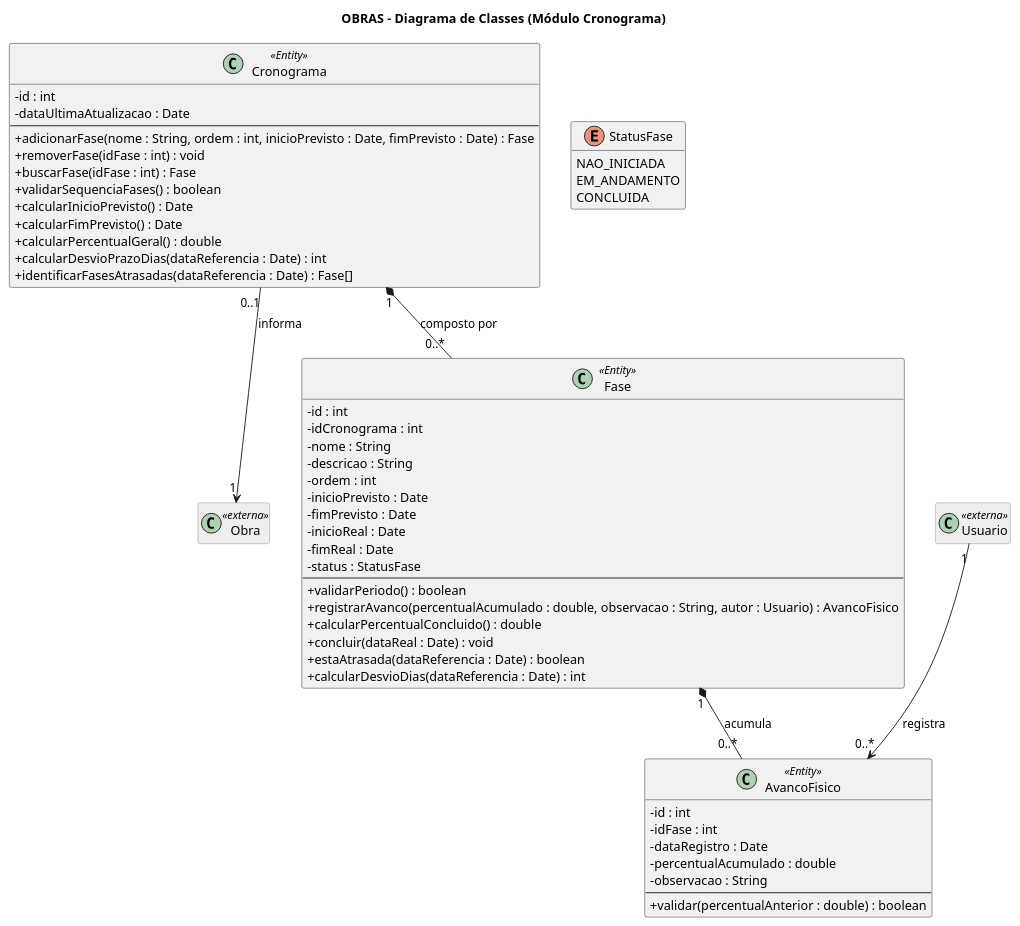
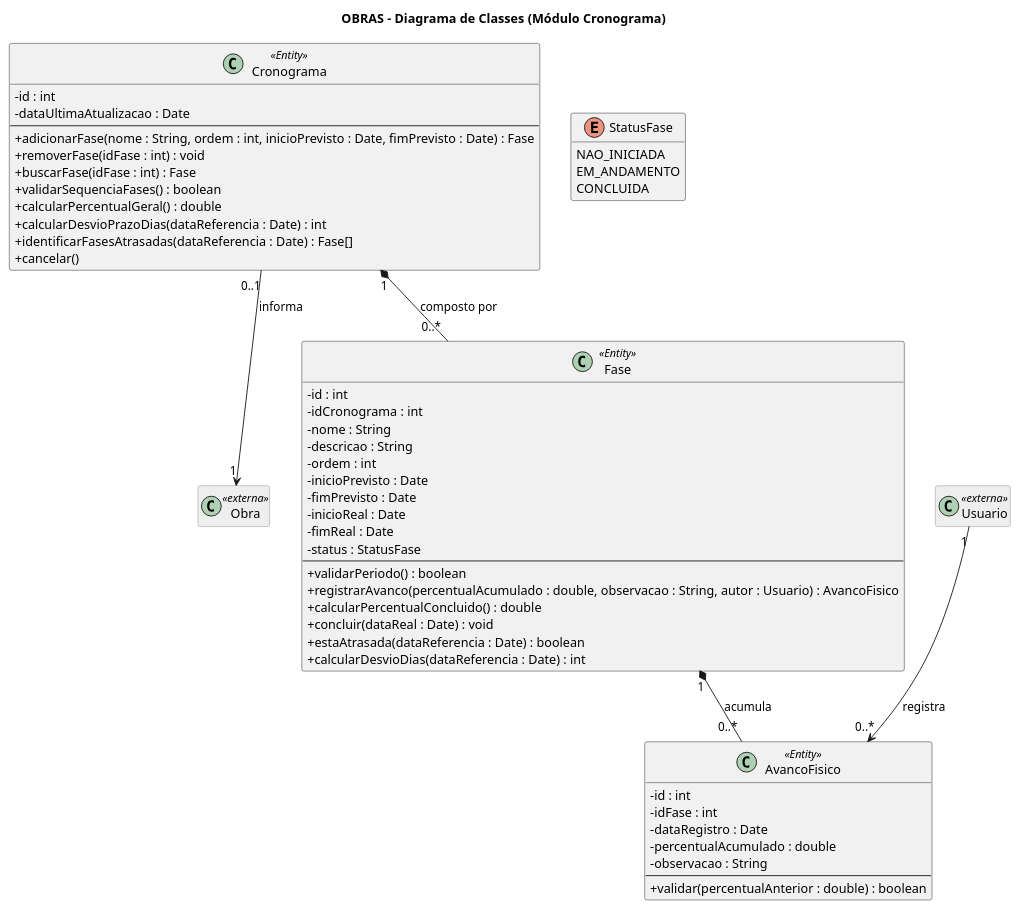
One commit to bernardoanobrega/oBRAS changed the diagram in Diagramas de classe/Modulo_Cronograma/cronograma.puml. Above: the diagram before and after it, drawn with PlantUML. The commit also changed 1 other file, not shown here.

Commit message:
feat: diagrama de estados - Cronograma
Diagrama de estados para a classe Cronograma

```diff
--- a/Diagramas de classe/Modulo_Cronograma/cronograma.puml
+++ b/Diagramas de classe/Modulo_Cronograma/cronograma.puml
@@ -1,73 +1,72 @@
 @startuml cronograma-class-diagram
 title OBRAS - Diagrama de Classes (Módulo Cronograma)
 
 skinparam classAttributeIconSize 0
 skinparam ClassFontSize 14
 skinparam classBackgroundColor<<externa>> #EEEEEE
 skinparam classBorderColor<<externa>> #888888
 hide empty members
 
 ' ===== CLASSES EXTERNAS =====
 class Obra <<externa>>
 class Usuario <<externa>>
 
 ' ===== NÚCLEO =====
 class Cronograma <<Entity>> {
   -id : int
   -dataUltimaAtualizacao : Date
   --
   +adicionarFase(nome : String, ordem : int, inicioPrevisto : Date, fimPrevisto : Date) : Fase
   +removerFase(idFase : int) : void
   +buscarFase(idFase : int) : Fase
   +validarSequenciaFases() : boolean
-  +calcularInicioPrevisto() : Date
-  +calcularFimPrevisto() : Date
   +calcularPercentualGeral() : double
   +calcularDesvioPrazoDias(dataReferencia : Date) : int
   +identificarFasesAtrasadas(dataReferencia : Date) : Fase[]
+  +cancelar()
 }
 
 class Fase <<Entity>> {
   -id : int
   -idCronograma : int
   -nome : String
   -descricao : String
   -ordem : int
   -inicioPrevisto : Date
   -fimPrevisto : Date
   -inicioReal : Date
   -fimReal : Date
   -status : StatusFase
   --
   +validarPeriodo() : boolean
   +registrarAvanco(percentualAcumulado : double, observacao : String, autor : Usuario) : AvancoFisico
   +calcularPercentualConcluido() : double
   +concluir(dataReal : Date) : void
   +estaAtrasada(dataReferencia : Date) : boolean
   +calcularDesvioDias(dataReferencia : Date) : int
 }
 
 class AvancoFisico <<Entity>> {
   -id : int
   -idFase : int
   -dataRegistro : Date
   -percentualAcumulado : double
   -observacao : String
   --
   +validar(percentualAnterior : double) : boolean
 }
 
 ' ===== ENUMERAÇÕES =====
 enum StatusFase {
   NAO_INICIADA
   EM_ANDAMENTO
   CONCLUIDA
 }
 
 ' ===== RELAÇÕES =====
 Cronograma "0..1" --> "1" Obra : informa
 Cronograma "1" *-- "0..*" Fase : composto por
 Fase "1" *-- "0..*" AvancoFisico : acumula
 Usuario "1" --> "0..*" AvancoFisico : registra
 
 @enduml
```
